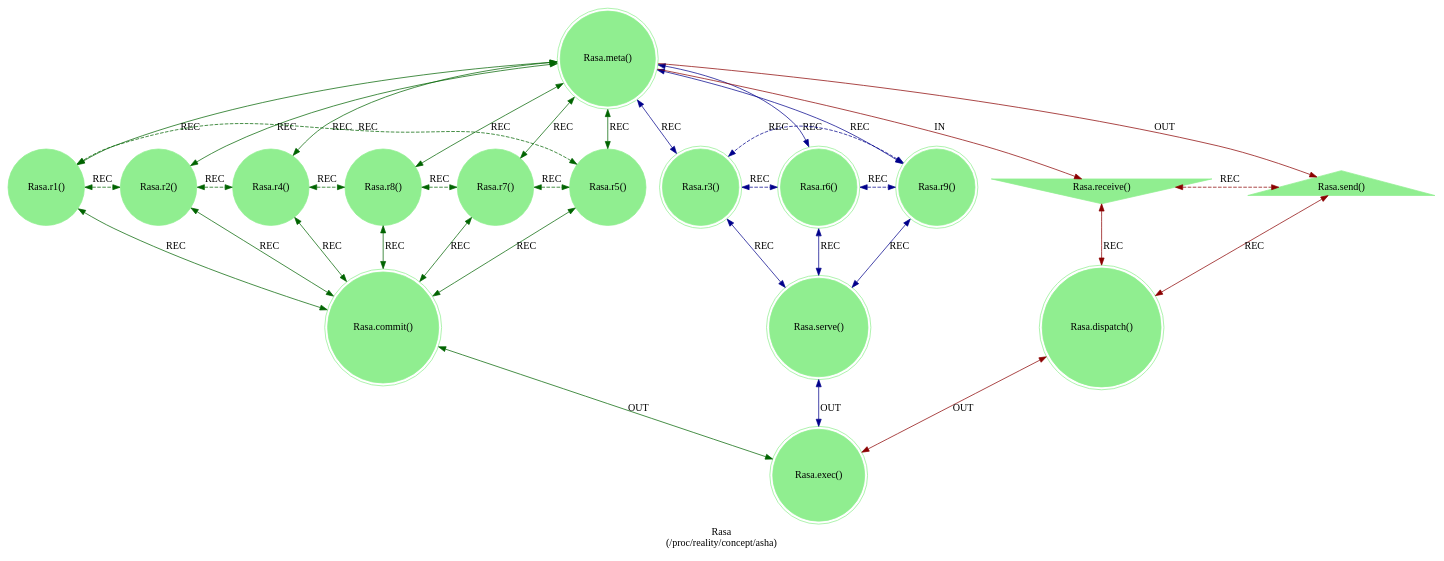
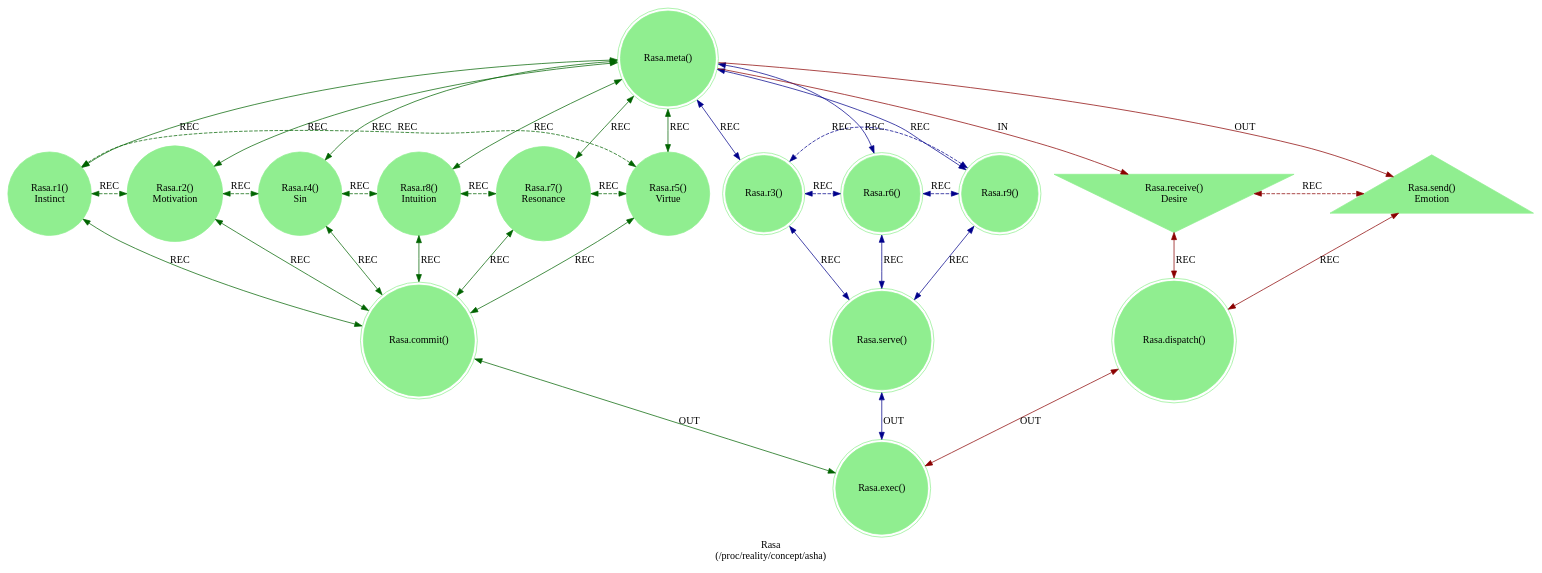
The diagram in src/includes/concept/rasa.dot (cilang/mythos), drawn with Graphviz before and after one commit. The commit also changed 7 other files, not shown here.

```diff
--- a/src/includes/concept/rasa.dot
+++ b/src/includes/concept/rasa.dot
@@ -1,48 +1,48 @@
 strict digraph Rasa {
     label = "Rasa\n(/proc/reality/concept/asha)";
     style = filled;
     color = lightgray;
     node [shape = circle; style = filled; color = lightgreen;];
     
     // The Axis A-0-B (In-Meta-Out).
     // The Sacred 3-6-9 (Boundary of Perception).
     // The Vortex 1-2-4-8-7-5 (Boundary of Comprehension).
     // The Router C-D-E
     // The Closure F
     spark_0_t [label = "Rasa.meta()";comment = "";shape = doublecircle;];
-    spark_1_t [label = "Rasa.r1()";comment = "";shape = circle;];
-    spark_2_t [label = "Rasa.r2()";comment = "";shape = circle;];
-    spark_4_t [label = "Rasa.r4()";comment = "";shape = circle;];
-    spark_8_t [label = "Rasa.r8()";comment = "";shape = circle;];
-    spark_7_t [label = "Rasa.r7()";comment = "";shape = circle;];
-    spark_5_t [label = "Rasa.r5()";comment = "";shape = circle;];
-    spark_3_t [label = "Rasa.r3()";comment = "Intuition and Instinct";shape = doublecircle;];
-    spark_6_t [label = "Rasa.r6()";comment = "Resonance and Motivation";shape = doublecircle;];
-    spark_9_t [label = "Rasa.r9()";comment = "Virtue and Sin";shape = doublecircle;];
-    spark_a_t [label = "Rasa.receive()";comment = "Emotion";shape = invtriangle;];
-    spark_b_t [label = "Rasa.send()";comment = "Desire";shape = triangle;];
+    spark_1_t [label = "Rasa.r1()\nInstinct";comment = "";shape = circle;];
+    spark_2_t [label = "Rasa.r2()\nMotivation";comment = "";shape = circle;];
+    spark_4_t [label = "Rasa.r4()\nSin";comment = "";shape = circle;];
+    spark_8_t [label = "Rasa.r8()\nIntuition";comment = "";shape = circle;];
+    spark_7_t [label = "Rasa.r7()\nResonance";comment = "";shape = circle;];
+    spark_5_t [label = "Rasa.r5()\nVirtue";comment = "";shape = circle;];
+    spark_3_t [label = "Rasa.r3()";comment = "";shape = doublecircle;];
+    spark_6_t [label = "Rasa.r6()";comment = "";shape = doublecircle;];
+    spark_9_t [label = "Rasa.r9()";comment = "";shape = doublecircle;];
+    spark_a_t [label = "Rasa.receive()\nDesire";comment = "";shape = invtriangle;];
+    spark_b_t [label = "Rasa.send()\nEmotion";comment = "";shape = triangle;];
     spark_c_t [label = "Rasa.dispatch()";comment = "";shape = doublecircle;];
     spark_d_t [label = "Rasa.commit()";comment = "";shape = doublecircle;];
     spark_e_t [label = "Rasa.serve()";comment = "";shape = doublecircle;];
     spark_f_t [label = "Rasa.exec()";comment = "";shape = doublecircle;];
     
     // IN = Input
     // OUT = Output
     // REC = Recursion
     spark_0_t -> spark_a_t [label = "IN"; color = darkred; comment = "";];
     spark_0_t -> spark_b_t [label = "OUT"; color = darkred; comment = "";];
     spark_0_t -> {spark_3_t spark_6_t spark_9_t} [label = "REC"; color = darkblue; comment = ""; dir = both;];
     spark_0_t -> {spark_1_t spark_2_t spark_4_t spark_8_t spark_7_t spark_5_t} [label = "REC"; color = darkgreen; comment = ""; dir = both;];
     
     {spark_a_t spark_b_t} -> spark_c_t [label = "REC"; color = darkred; comment = ""; dir = both;];
     {spark_1_t spark_2_t spark_4_t spark_8_t spark_7_t spark_5_t} -> spark_d_t [label = "REC"; color = darkgreen; comment = ""; dir = both;];
     {spark_3_t spark_6_t spark_9_t} -> spark_e_t [label = "REC"; color = darkblue; comment = ""; dir = both;];
     
     spark_1_t -> spark_2_t -> spark_4_t -> spark_8_t -> spark_7_t -> spark_5_t -> spark_1_t [label = "REC"; color = darkgreen; comment = ""; style = dashed; constraint = false; dir = both;];
     spark_3_t -> spark_6_t -> spark_9_t -> spark_3_t [label = "REC"; color = darkblue; comment = ""; style = dashed; constraint = false; dir = both;];
     spark_a_t -> spark_b_t [label = "REC"; color = darkred; comment = ""; constraint = false; style = dashed; dir = both;];
     
     spark_c_t -> spark_f_t [label = "OUT"; color = darkred; comment = ""; dir = both;];
     spark_d_t -> spark_f_t [label = "OUT"; color = darkgreen; comment = ""; dir = both;];
     spark_e_t -> spark_f_t [label = "OUT"; color = darkblue; comment = ""; dir = both;];
 }
```
